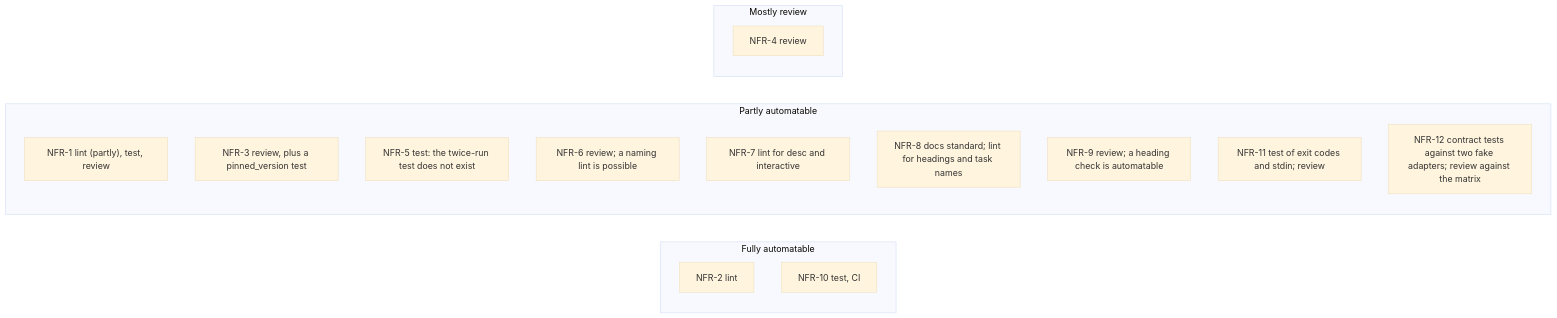
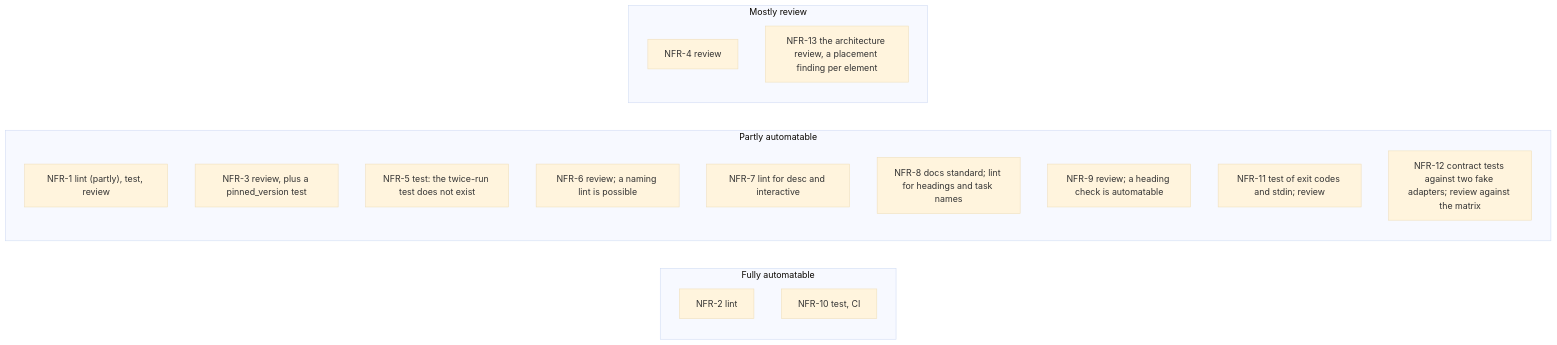
Before and after one commit to nabil-becker/devcontainer-features: the second of 3 diagrams in docs/principles/non-functional-requirements.md, drawn with Mermaid (base theme). The commit also changed other lines of this file and 11 other files, not shown here.

First line of the commit message:
docs: an architecture review before every ruling, and NFR-13 (#115)

````diff
--- a/docs/principles/non-functional-requirements.md
+++ b/docs/principles/non-functional-requirements.md
@@ -153,21 +162,22 @@
 ```mermaid
 flowchart LR
   subgraph full["Fully automatable"]
     c2["NFR-2 lint"]
     c10["NFR-10 test, CI"]
   end
   subgraph partly["Partly automatable"]
     c1["NFR-1 lint (partly), test, review"]
     c3["NFR-3 review, plus a pinned_version test"]
     c5["NFR-5 test: the twice-run test does not exist"]
     c6["NFR-6 review; a naming lint is possible"]
     c7["NFR-7 lint for desc and interactive"]
     c8["NFR-8 docs standard; lint for headings and task names"]
     c9["NFR-9 review; a heading check is automatable"]
     c11["NFR-11 test of exit codes and stdin; review"]
     c12["NFR-12 contract tests against two fake adapters; review against the matrix"]
   end
   subgraph review["Mostly review"]
     c4["NFR-4 review"]
+    c13["NFR-13 the architecture review, a placement finding per element"]
   end
 ```
````
